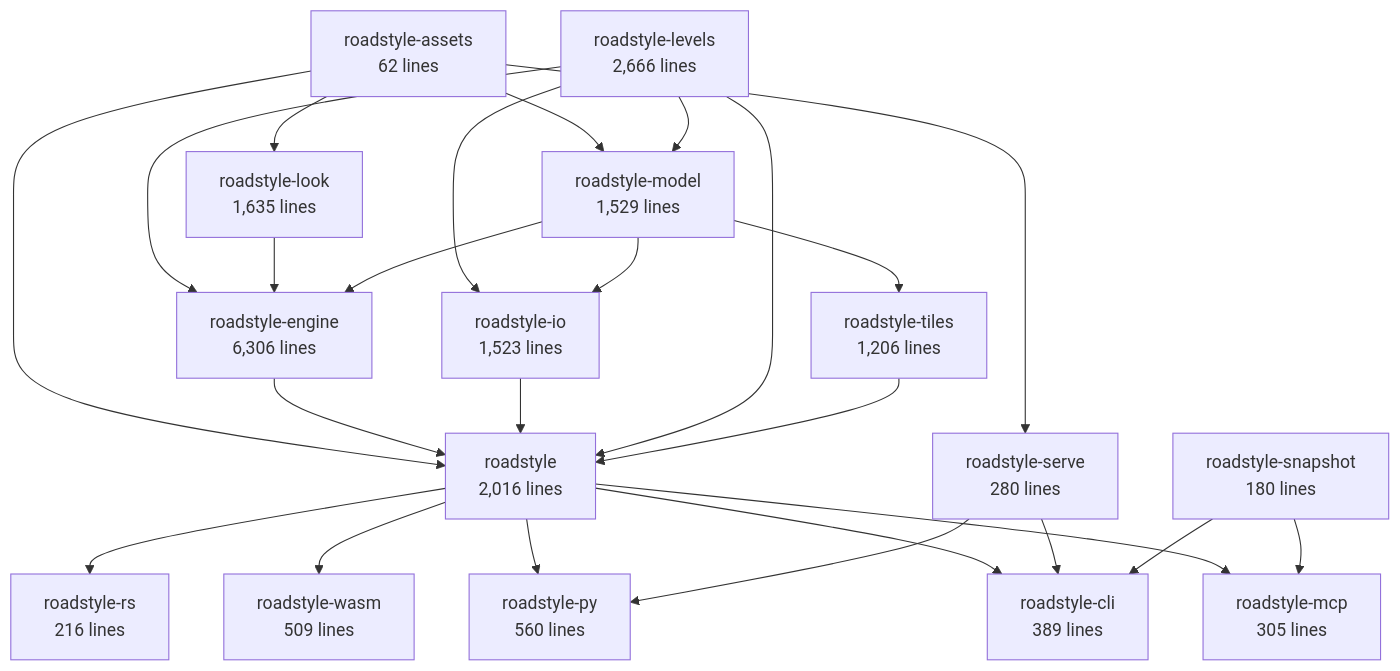
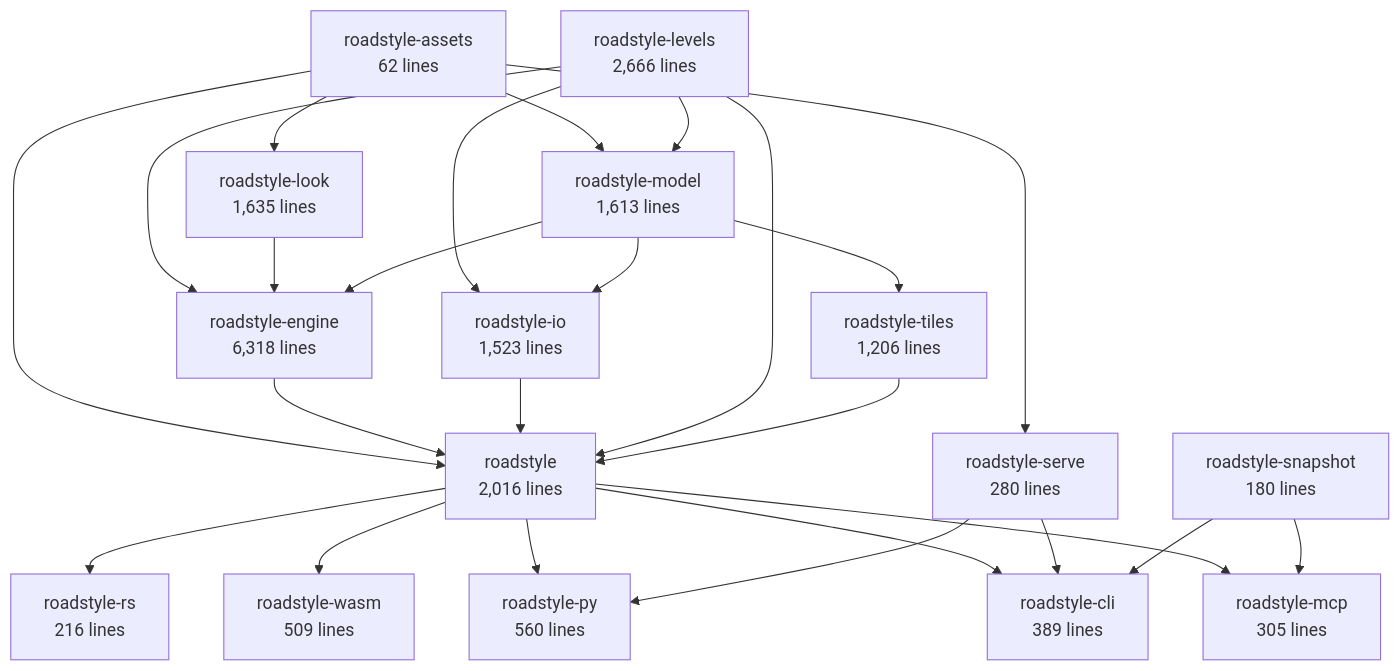
The second of 6 diagrams in docs/rust/architecture.md (Khoshkhah/roadstyle), drawn with Mermaid before and after one commit. The commit also changed other lines of this file and 10 other files, not shown here.

First line of the commit message:
T3 (2a): a road's key is a type, roadstyle_model::RoadKey (table << 32 | row)

````diff
--- a/docs/rust/architecture.md
+++ b/docs/rust/architecture.md
@@ -70,42 +70,42 @@
 ```mermaid
 flowchart TB
     roadstyle_assets["roadstyle-assets<br/>62 lines"]
-    roadstyle_model["roadstyle-model<br/>1,529 lines"]
+    roadstyle_model["roadstyle-model<br/>1,613 lines"]
     roadstyle_look["roadstyle-look<br/>1,635 lines"]
     roadstyle_io["roadstyle-io<br/>1,523 lines"]
     roadstyle_levels["roadstyle-levels<br/>2,666 lines"]
-    roadstyle_engine["roadstyle-engine<br/>6,306 lines"]
+    roadstyle_engine["roadstyle-engine<br/>6,318 lines"]
     roadstyle_tiles["roadstyle-tiles<br/>1,206 lines"]
     roadstyle["roadstyle<br/>2,016 lines"]
     roadstyle_rs["roadstyle-rs<br/>216 lines"]
     roadstyle_wasm["roadstyle-wasm<br/>509 lines"]
     roadstyle_py["roadstyle-py<br/>560 lines"]
     roadstyle_cli["roadstyle-cli<br/>389 lines"]
     roadstyle_mcp["roadstyle-mcp<br/>305 lines"]
     roadstyle_serve["roadstyle-serve<br/>280 lines"]
     roadstyle_snapshot["roadstyle-snapshot<br/>180 lines"]
     roadstyle_assets --> roadstyle_model
     roadstyle_levels --> roadstyle_model
     roadstyle_assets --> roadstyle_look
     roadstyle_levels --> roadstyle_io
     roadstyle_model --> roadstyle_io
     roadstyle_levels --> roadstyle_engine
     roadstyle_look --> roadstyle_engine
     roadstyle_model --> roadstyle_engine
     roadstyle_model --> roadstyle_tiles
     roadstyle_assets --> roadstyle
     roadstyle_engine --> roadstyle
     roadstyle_io --> roadstyle
     roadstyle_levels --> roadstyle
     roadstyle_tiles --> roadstyle
     roadstyle --> roadstyle_rs
     roadstyle --> roadstyle_wasm
     roadstyle --> roadstyle_py
     roadstyle_serve --> roadstyle_py
     roadstyle --> roadstyle_cli
     roadstyle_serve --> roadstyle_cli
     roadstyle_snapshot --> roadstyle_cli
     roadstyle --> roadstyle_mcp
     roadstyle_snapshot --> roadstyle_mcp
     roadstyle_assets --> roadstyle_serve
 ```
````
